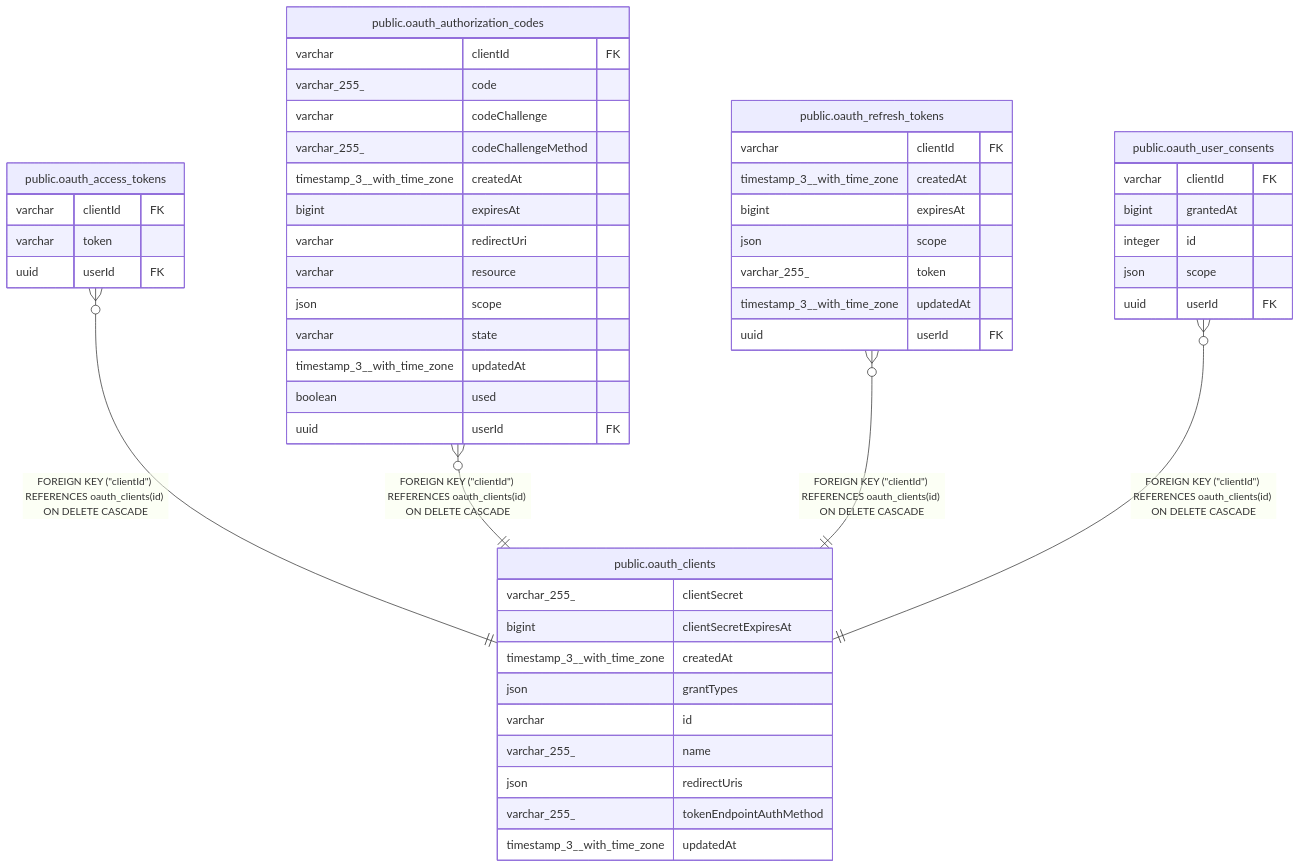
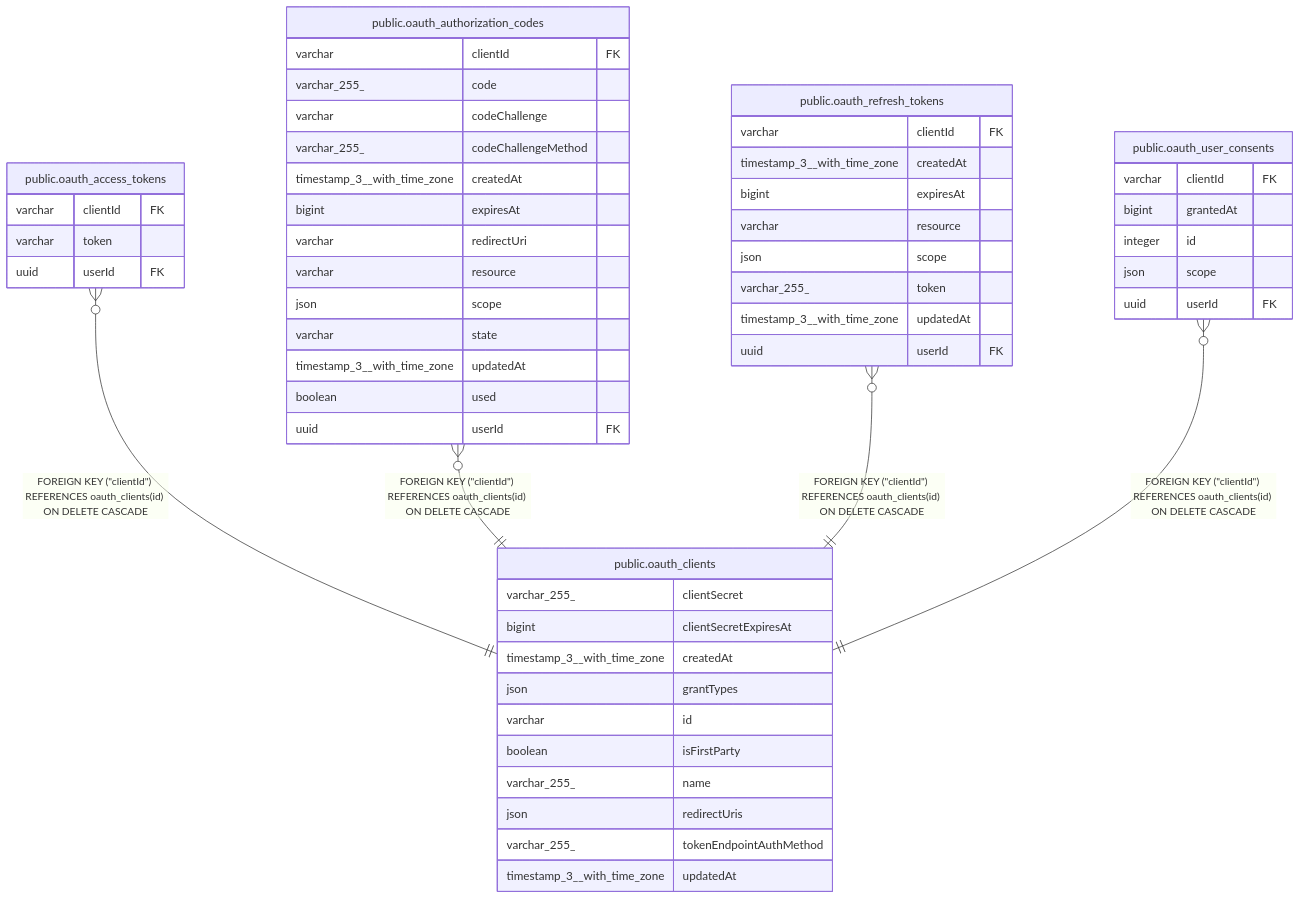
The diagram in n8n_integration/n8n_source/docs/generated/postgres-schema/public.oauth_clients.md (koreatest12/studys), drawn with Mermaid before and after one commit. The commit also changed other lines of this file and 23019 other files, not shown here.

````diff
--- a/n8n_integration/n8n_source/docs/generated/postgres-schema/public.oauth_clients.md
+++ b/n8n_integration/n8n_source/docs/generated/postgres-schema/public.oauth_clients.md
@@ -38,56 +40,58 @@
 ```mermaid
 erDiagram
 
 "public.oauth_access_tokens" }o--|| "public.oauth_clients" : "FOREIGN KEY (#quot;clientId#quot;) REFERENCES oauth_clients(id) ON DELETE CASCADE"
 "public.oauth_authorization_codes" }o--|| "public.oauth_clients" : "FOREIGN KEY (#quot;clientId#quot;) REFERENCES oauth_clients(id) ON DELETE CASCADE"
 "public.oauth_refresh_tokens" }o--|| "public.oauth_clients" : "FOREIGN KEY (#quot;clientId#quot;) REFERENCES oauth_clients(id) ON DELETE CASCADE"
 "public.oauth_user_consents" }o--|| "public.oauth_clients" : "FOREIGN KEY (#quot;clientId#quot;) REFERENCES oauth_clients(id) ON DELETE CASCADE"
 
 "public.oauth_clients" {
   varchar_255_ clientSecret
   bigint clientSecretExpiresAt
   timestamp_3__with_time_zone createdAt
   json grantTypes
   varchar id
+  boolean isFirstParty
   varchar_255_ name
   json redirectUris
   varchar_255_ tokenEndpointAuthMethod
   timestamp_3__with_time_zone updatedAt
 }
 "public.oauth_access_tokens" {
   varchar clientId FK
   varchar token
   uuid userId FK
 }
 "public.oauth_authorization_codes" {
   varchar clientId FK
   varchar_255_ code
   varchar codeChallenge
   varchar_255_ codeChallengeMethod
   timestamp_3__with_time_zone createdAt
   bigint expiresAt
   varchar redirectUri
   varchar resource
   json scope
   varchar state
   timestamp_3__with_time_zone updatedAt
   boolean used
   uuid userId FK
 }
 "public.oauth_refresh_tokens" {
   varchar clientId FK
   timestamp_3__with_time_zone createdAt
   bigint expiresAt
+  varchar resource
   json scope
   varchar_255_ token
   timestamp_3__with_time_zone updatedAt
   uuid userId FK
 }
 "public.oauth_user_consents" {
   varchar clientId FK
   bigint grantedAt
   integer id
   json scope
   uuid userId FK
 }
 ```
````
